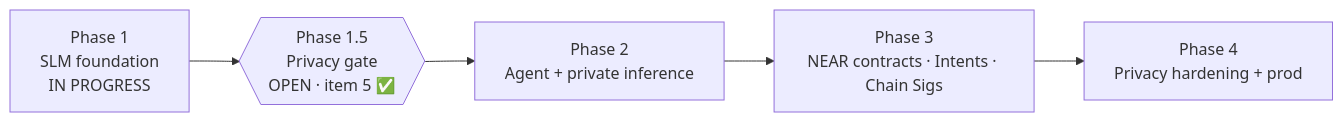
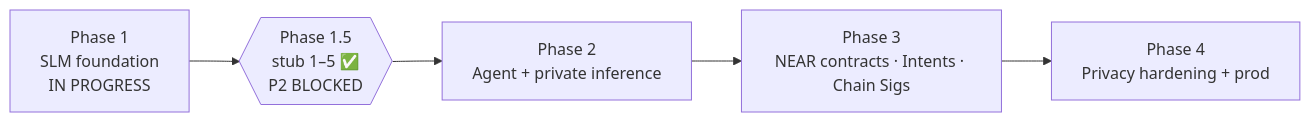
Before and after one commit to 9lordisgod/salomon: the diagram in ROADMAP.md, drawn with Mermaid. The commit also changed other lines of this file and 3 other files, not shown here.

Commit message:
docs: Phase 1.5 items 1-5 stub signed off; Phase 2 still blocked (README/STATUS/ROADMAP/PROGRESS)

````diff
--- a/ROADMAP.md
+++ b/ROADMAP.md
@@ -4,7 +4,7 @@
 ```mermaid
 flowchart LR
-  P1[Phase 1<br/>SLM foundation<br/>IN PROGRESS] --> G{{Phase 1.5<br/>Privacy gate<br/>OPEN · item 5 ✅}}
+  P1[Phase 1<br/>SLM foundation<br/>IN PROGRESS] --> G{{Phase 1.5<br/>stub 1–5 ✅<br/>P2 BLOCKED}}
   G --> P2[Phase 2<br/>Agent + private inference]
   P2 --> P3[Phase 3<br/>NEAR contracts · Intents · Chain Sigs]
   P3 --> P4[Phase 4<br/>Privacy hardening + prod]
 ```
````
